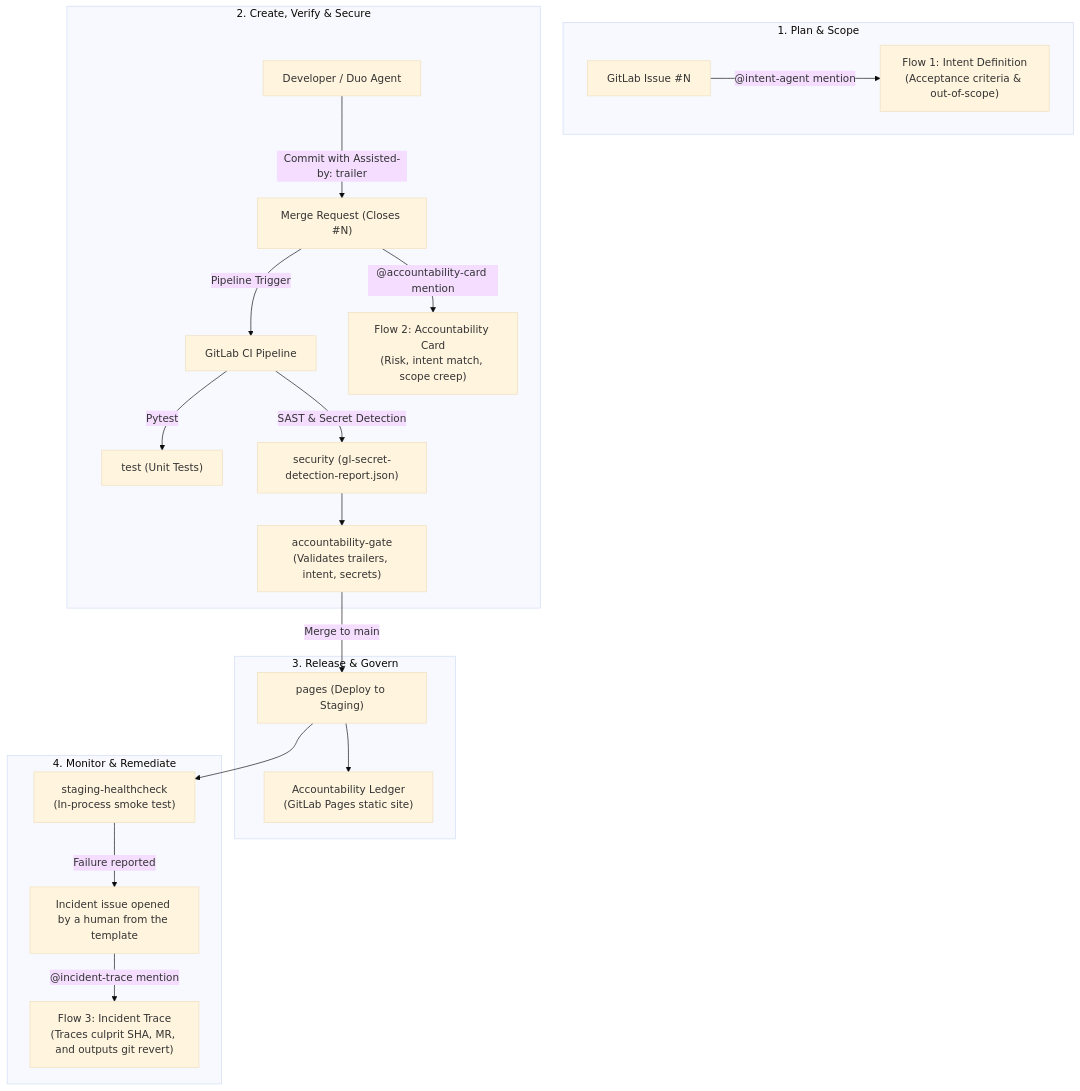
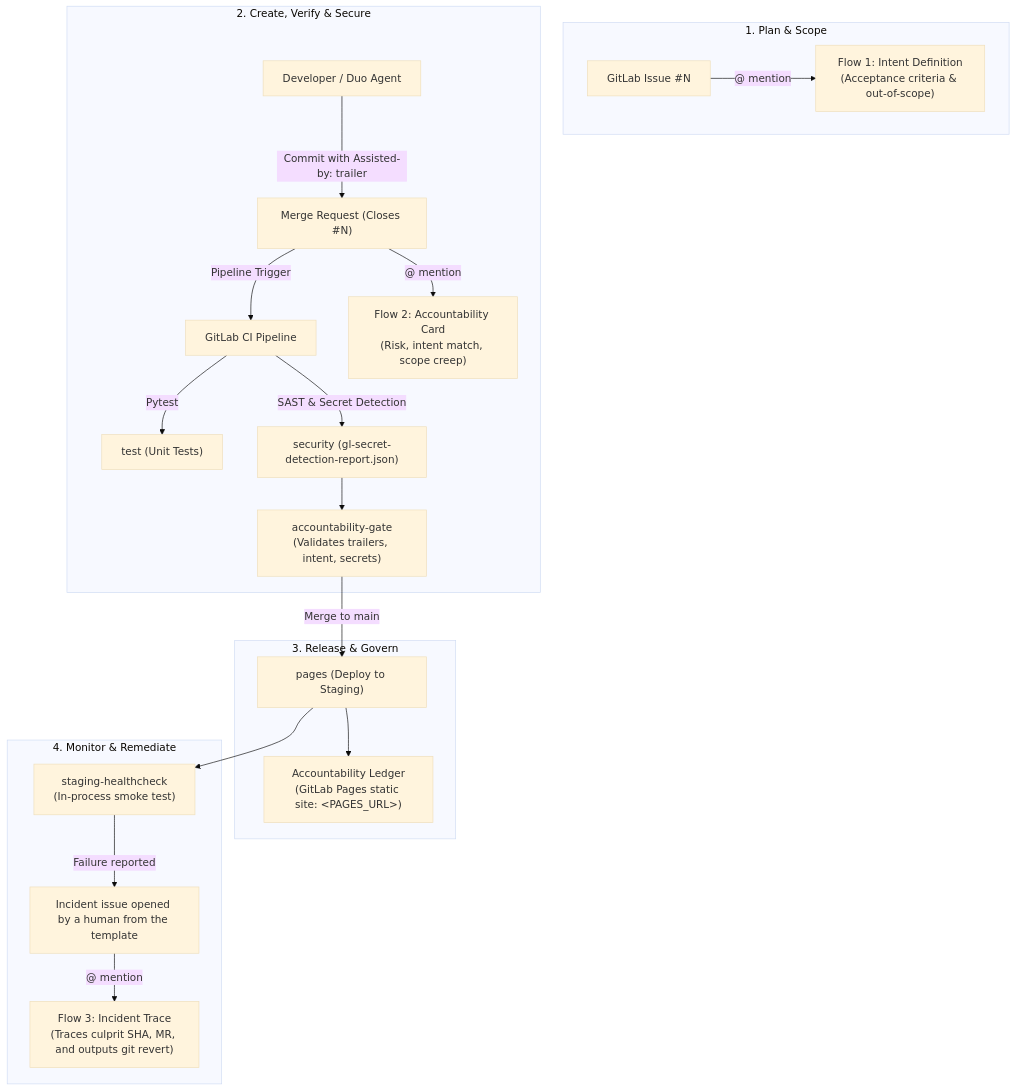
One commit to ritesh-1912/Gitlab-Hackathon changed the diagram in README.md. Above: the diagram before and after it, drawn with Mermaid (base theme). The commit also changed other lines of this file and 4 other files, not shown here.

First line of the commit message:
docs: align documentation with verified facts and configurable flow handles

````diff
--- a/README.md
+++ b/README.md
@@ -35,26 +35,26 @@
 ```mermaid
 flowchart TD
     subgraph Plan["1. Plan & Scope"]
-        Issue["GitLab Issue #N"] -->|"@intent-agent mention"| Flow1["Flow 1: Intent Definition<br/>(Acceptance criteria & out-of-scope)"]
+        Issue["GitLab Issue #N"] -->|"@<intent-flow-handle> mention"| Flow1["Flow 1: Intent Definition<br/>(Acceptance criteria & out-of-scope)"]
     end
 
     subgraph CreateVerify["2. Create, Verify & Secure"]
         Dev["Developer / Duo Agent"] -->|"Commit with Assisted-by: trailer"| MR["Merge Request (Closes #N)"]
         MR -->|"Pipeline Trigger"| CI["GitLab CI Pipeline"]
         CI -->|"Pytest"| TestJob["test (Unit Tests)"]
         CI -->|"SAST & Secret Detection"| SecJob["security (gl-secret-detection-report.json)"]
         SecJob --> GateJob["accountability-gate<br/>(Validates trailers, intent, secrets)"]
-        MR -->|"@accountability-card mention"| Flow2["Flow 2: Accountability Card<br/>(Risk, intent match, scope creep)"]
+        MR -->|"@<card-flow-handle> mention"| Flow2["Flow 2: Accountability Card<br/>(Risk, intent match, scope creep)"]
     end
 
     subgraph ReleaseGovern["3. Release & Govern"]
         GateJob -->|"Merge to main"| DeployJob["pages (Deploy to Staging)"]
-        DeployJob --> Ledger["Accountability Ledger<br/>(GitLab Pages static site)"]
+        DeployJob --> Ledger["Accountability Ledger<br/>(GitLab Pages static site: &lt;PAGES_URL&gt;)"]
     end
 
     subgraph MonitorRemediate["4. Monitor & Remediate"]
         DeployJob --> SmokeJob["staging-healthcheck<br/>(In-process smoke test)"]
         SmokeJob -->|"Failure reported"| IncIssue["Incident issue opened by a human from the template"]
-        IncIssue -->|"@incident-trace mention"| Flow3["Flow 3: Incident Trace<br/>(Traces culprit SHA, MR, and outputs git revert)"]
+        IncIssue -->|"@<incident-flow-handle> mention"| Flow3["Flow 3: Incident Trace<br/>(Traces culprit SHA, MR, and outputs git revert)"]
     end
 ```
````
